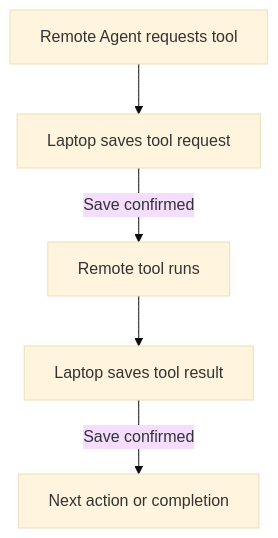
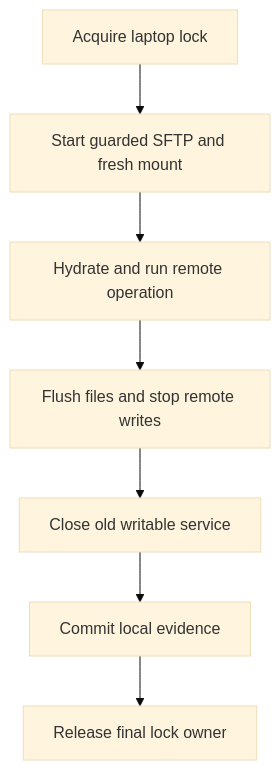
The second of 3 diagrams in docs/plans/remote-ssh-development.md (gandazgul/runwield), drawn with Mermaid (base theme) before and after one commit. The commit also changed other lines of this file and 12 other files, not shown here.

````diff
--- a/docs/plans/remote-ssh-development.md
+++ b/docs/plans/remote-ssh-development.md
@@ -242,7 +193,9 @@
 ```mermaid
 graph TD
-    A[Remote Agent requests tool] --> B[Laptop saves tool request]
-    B -->|Save confirmed| C[Remote tool runs]
-    C --> D[Laptop saves tool result]
-    D -->|Save confirmed| E[Next action or completion]
+    A[Acquire laptop lock] --> B[Start guarded SFTP and fresh mount]
+    B --> C[Hydrate and run remote operation]
+    C --> D[Flush files and stop remote writes]
+    D --> E[Close old writable service]
+    E --> F[Commit local evidence]
+    F --> G[Release final lock owner]
 ```
````
